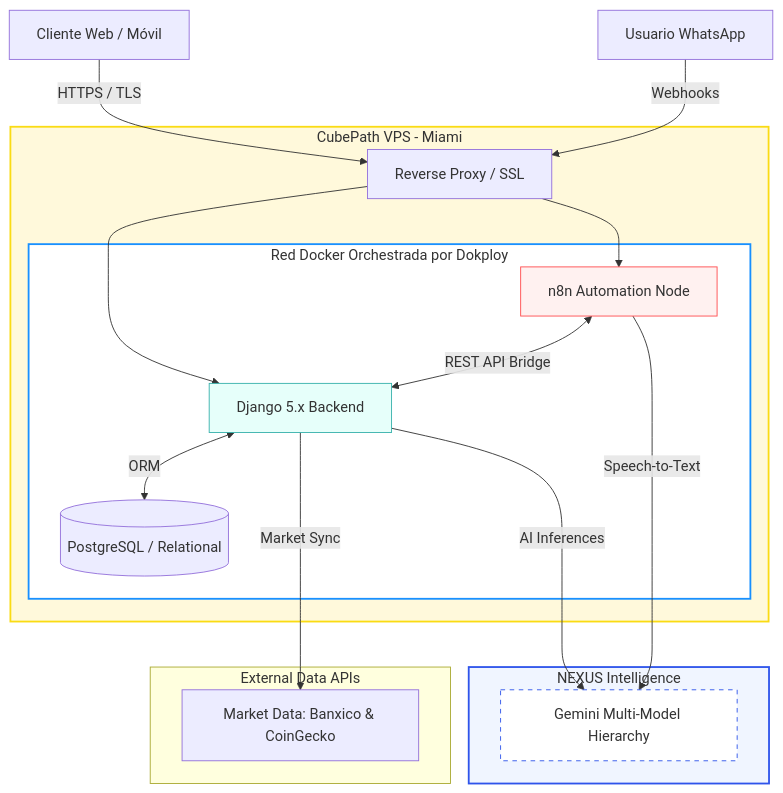
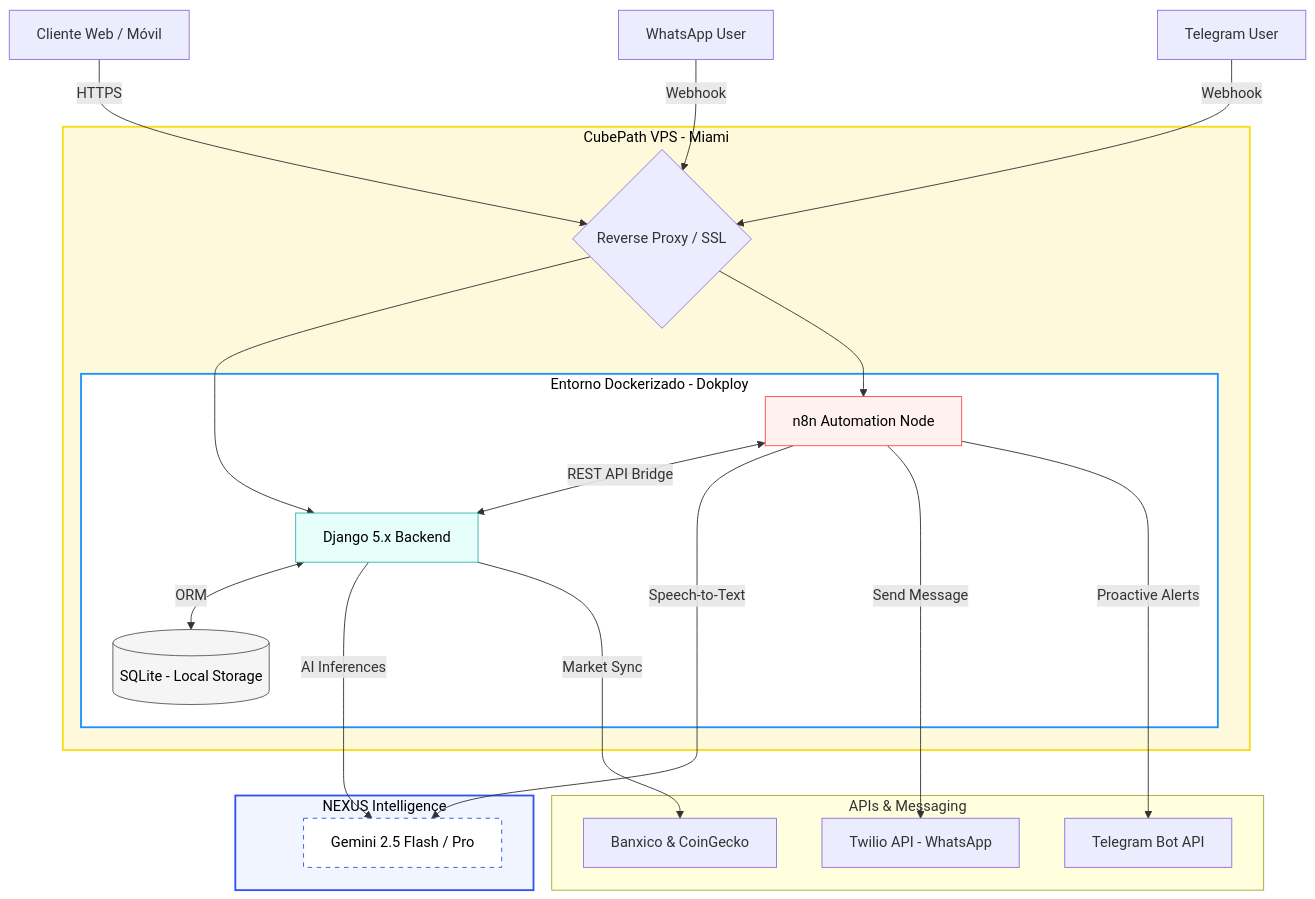
One commit to AlanBIOR/bior-invest-ai changed the diagram in README.md. Above: the diagram before and after it, drawn with Mermaid. The commit also changed other lines of this file and 1 other file, not shown here.

````diff
--- a/README.md
+++ b/README.md
@@ -80,53 +85,60 @@
 ```mermaid
 graph TD
     %% 1. ENTRADA (TOP)
     Client[Cliente Web / Móvil]
-    WA[Usuario WhatsApp]
+    WA[WhatsApp User]
+    TG[Telegram User]
 
     %% 2. INFRAESTRUCTURA (MIDDLE)
     subgraph CubePath_Cloud_VPS [CubePath VPS - Miami]
-        Proxy[Reverse Proxy / SSL]
+        Proxy{Reverse Proxy / SSL}
         
-        subgraph Docker_Engine [Red Docker Orchestrada por Dokploy]
+        subgraph Docker_Engine [Entorno Dockerizado - Dokploy]
             Django[Django 5.x Backend]
             N8N[n8n Automation Node]
-            DB[(PostgreSQL / Relational)]
+            DB[(SQLite - Local Storage)]
         end
     end
 
     %% 3. SERVICIOS EXTERNOS (BOTTOM)
     subgraph AI_Core [NEXUS Intelligence]
-        Gemini_Cluster[Gemini Multi-Model Hierarchy]
+        Gemini_Cluster[Gemini 2.5 Flash / Pro]
     end
 
-    subgraph External_Services [External Data APIs]
-        Fin_APIs[Market Data: Banxico & CoinGecko]
+    subgraph External_Services [APIs & Messaging]
+        Fin_APIs[Banxico & CoinGecko]
+        Twilio[Twilio API - WhatsApp]
+        TelegramAPI[Telegram Bot API]
     end
 
     %% --- FLUJOS ---
     
     %% Tráfico de entrada
-    Client -->|HTTPS / TLS| Proxy
-    WA -->|Webhooks| Proxy
+    Client -->|HTTPS| Proxy
+    WA -->|Webhook| Proxy
+    TG -->|Webhook| Proxy
 
     %% Distribución Interna
     Proxy --> Django
     Proxy --> N8N
 
     %% Comunicación Inter-App
     N8N <-->|REST API Bridge| Django
     Django <-->|ORM| DB
 
-    %% Salida a servicios (Vertical)
+    %% Salida a servicios
     Django --->|AI Inferences| Gemini_Cluster
     Django --->|Market Sync| Fin_APIs
     N8N --->|Speech-to-Text| Gemini_Cluster
+    N8N --->|Send Message| Twilio
+    N8N --->|Proactive Alerts| TelegramAPI
 
-    %% Estilos de Nodos
-    style CubePath_Cloud_VPS fill:#fff9db,stroke:#fadb14,stroke-width:2px
-    style Docker_Engine fill:#fff,stroke:#1890ff,stroke-width:2px
-    style AI_Core fill:#f0f5ff,stroke:#2f54eb,stroke-width:2px
-    style Django fill:#e6fffa,stroke:#38b2ac
-    style N8N fill:#fff1f0,stroke:#ff4d4f
-    style Gemini_Cluster fill:#fff,stroke:#2f54eb,stroke-dasharray: 5 5
-```
+    %% Estilos (GitHub Optimized)
+    style CubePath_Cloud_VPS fill:#fff9db,stroke:#fadb14,stroke-width:2px,color:#000
+    style Docker_Engine fill:#ffffff,stroke:#1890ff,stroke-width:2px,color:#000
+    style AI_Core fill:#f0f5ff,stroke:#2f54eb,stroke-width:2px,color:#000
+    style Django fill:#e6fffa,stroke:#38b2ac,color:#000
+    style N8N fill:#fff1f0,stroke:#ff4d4f,color:#000
+    style DB fill:#f5f5f5,stroke:#595959,color:#000
+    style Gemini_Cluster fill:#fff,stroke:#2f54eb,stroke-dasharray: 5 5,color:#000
+  ```
````
